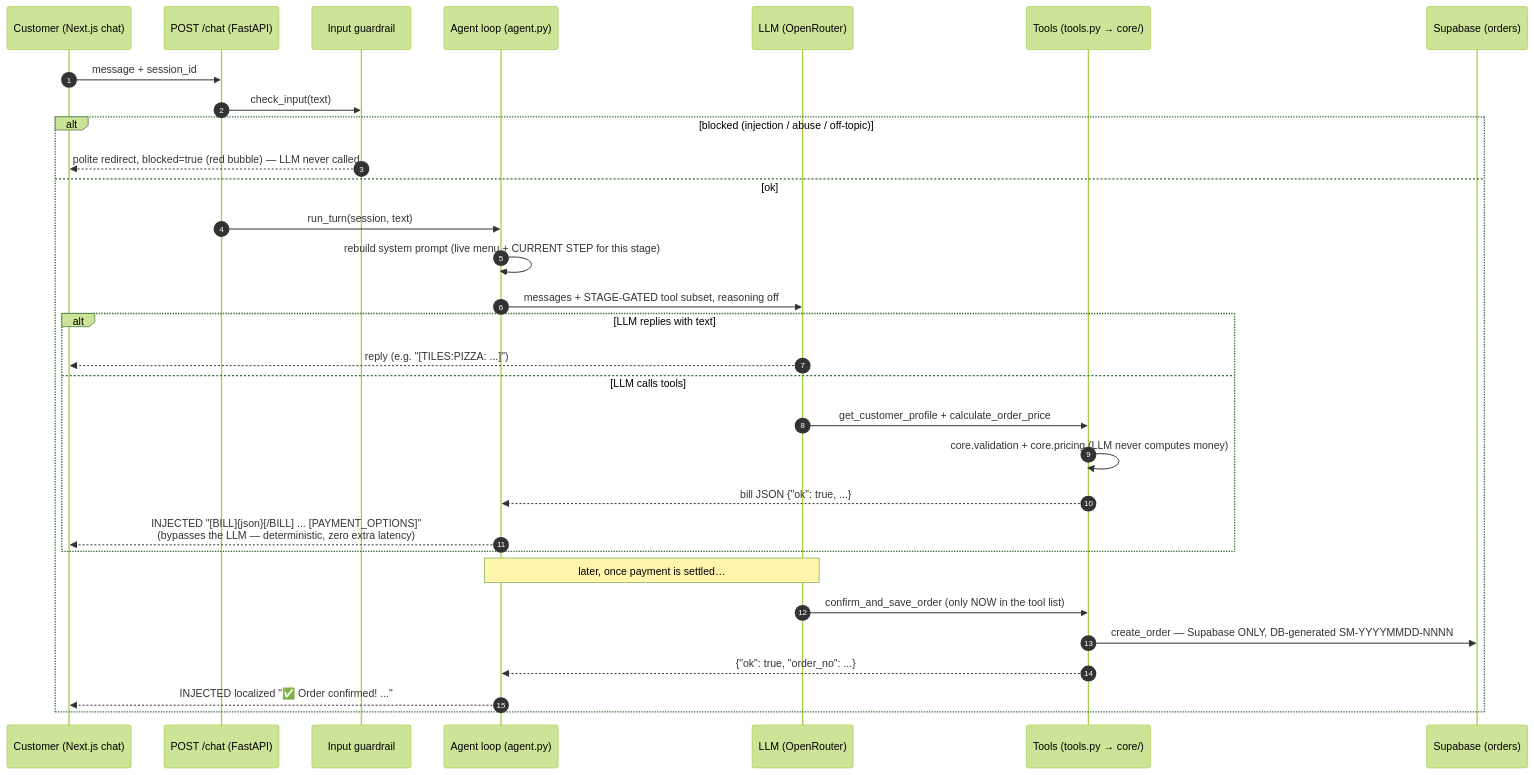
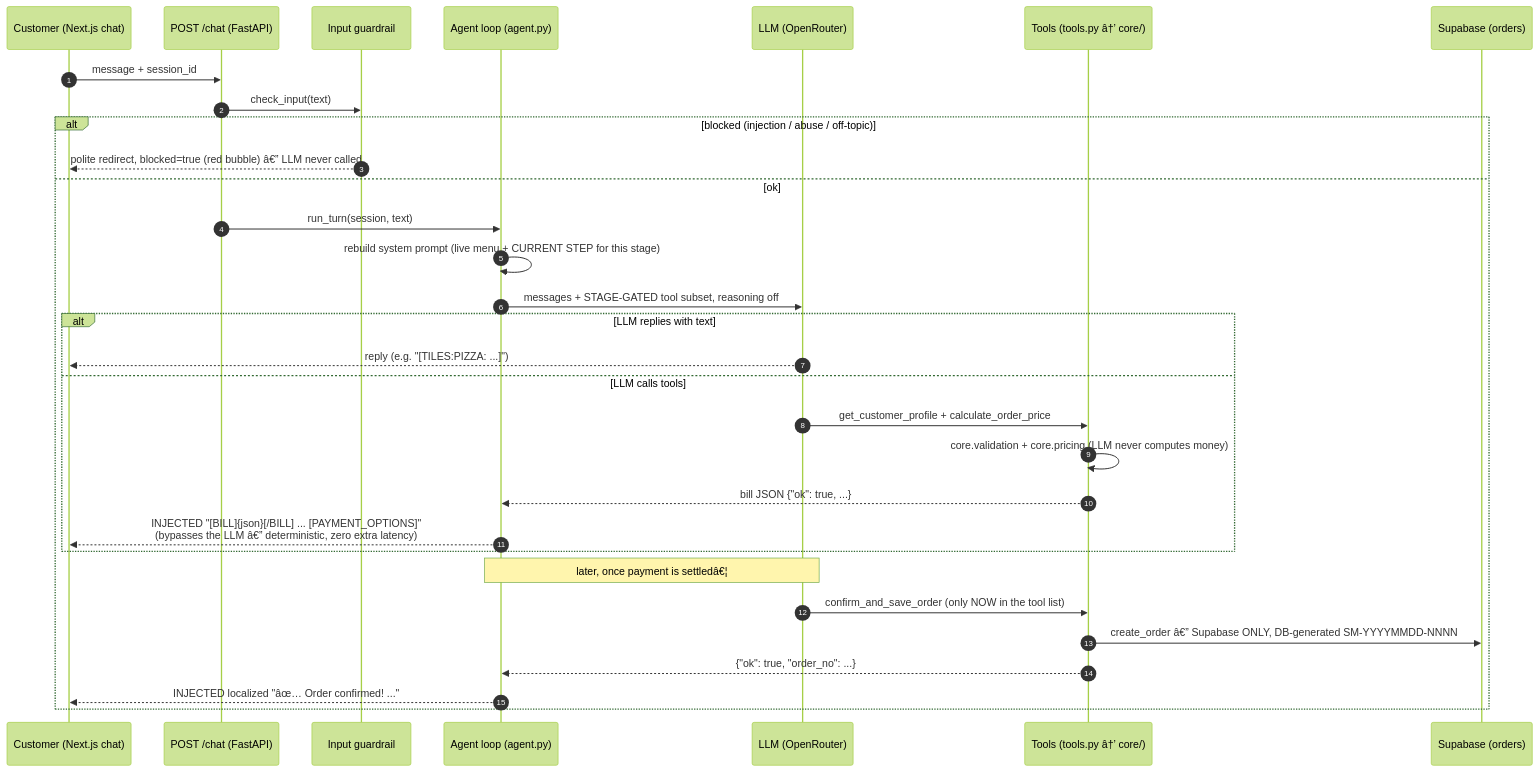
The first of 2 diagrams in reference/CHAT_ARCHITECTURE.md (Amansharma23/pizza-slicematic), drawn with Mermaid (forest theme) before and after one commit. The commit also changed other lines of this file and 53 other files, not shown here.

````diff
--- a/reference/CHAT_ARCHITECTURE.md
+++ b/reference/CHAT_ARCHITECTURE.md
@@ -14,34 +14,34 @@
 ```mermaid
 sequenceDiagram
     autonumber
     participant U as Customer (Next.js chat)
     participant R as POST /chat (FastAPI)
     participant G as Input guardrail
     participant A as Agent loop (agent.py)
     participant L as LLM (OpenRouter)
-    participant T as Tools (tools.py → core/)
+    participant T as Tools (tools.py â†’ core/)
     participant D as Supabase (orders)
 
     U->>R: message + session_id
     R->>G: check_input(text)
     alt blocked (injection / abuse / off-topic)
-        G-->>U: polite redirect, blocked=true (red bubble) — LLM never called
+        G-->>U: polite redirect, blocked=true (red bubble) â€” LLM never called
     else ok
         R->>A: run_turn(session, text)
         A->>A: rebuild system prompt (live menu + CURRENT STEP for this stage)
         A->>L: messages + STAGE-GATED tool subset, reasoning off
         alt LLM replies with text
             L-->>U: reply (e.g. "[TILES:PIZZA: ...]")
         else LLM calls tools
             L->>T: get_customer_profile + calculate_order_price
             T->>T: core.validation + core.pricing (LLM never computes money)
             T-->>A: bill JSON {"ok": true, ...}
-            A-->>U: INJECTED "[BILL]{json}[/BILL] ... [PAYMENT_OPTIONS]"<br/>(bypasses the LLM — deterministic, zero extra latency)
+            A-->>U: INJECTED "[BILL]{json}[/BILL] ... [PAYMENT_OPTIONS]"<br/>(bypasses the LLM â€” deterministic, zero extra latency)
         end
-        Note over A,L: later, once payment is settled…
+        Note over A,L: later, once payment is settledâ€¦
         L->>T: confirm_and_save_order (only NOW in the tool list)
-        T->>D: create_order — Supabase ONLY, DB-generated SM-YYYYMMDD-NNNN
+        T->>D: create_order â€” Supabase ONLY, DB-generated SM-YYYYMMDD-NNNN
         T-->>A: {"ok": true, "order_no": ...}
-        A-->>U: INJECTED localized "✅ Order confirmed! ..."
+        A-->>U: INJECTED localized "âœ… Order confirmed! ..."
     end
 ```
````
